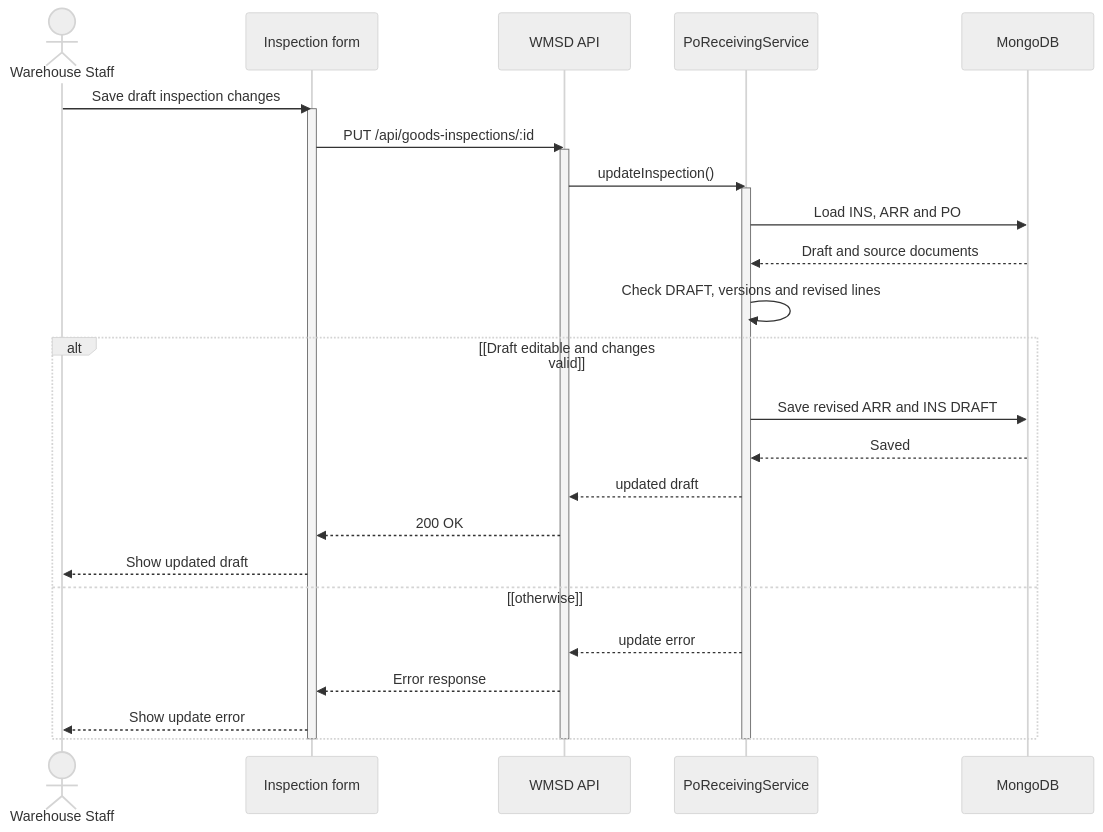
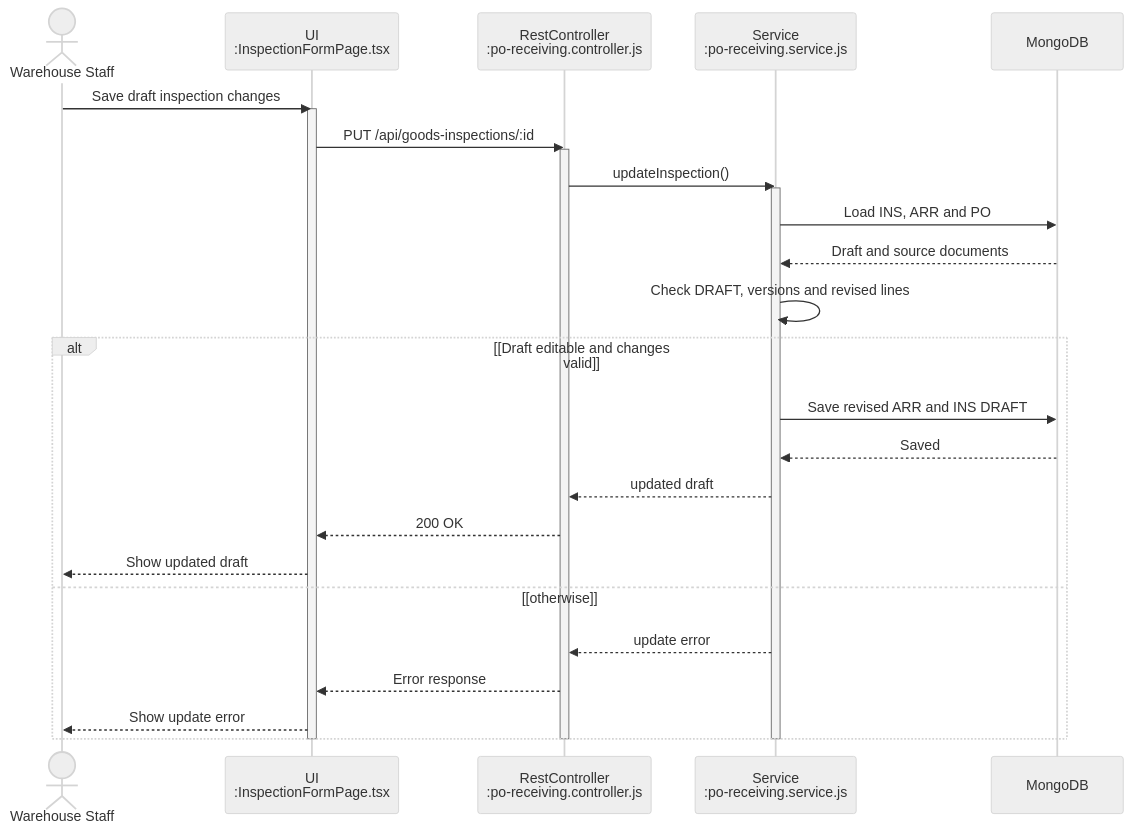
Before and after one commit to bupbalabup/wmsd_be: diagram 18 of 46 in git_doc/docs/01_bao_cao/WMSD_Report4_Draft.md, drawn with Mermaid (neutral theme). The commit also changed other lines of this file and 80 other files, not shown here.

First line of the commit message:
feat(purchase): implement core purchase functionalities and validation schemas

````diff
--- a/git_doc/docs/01_bao_cao/WMSD_Report4_Draft.md
+++ b/git_doc/docs/01_bao_cao/WMSD_Report4_Draft.md
@@ -1305,31 +1305,31 @@
 ```mermaid
 sequenceDiagram
   actor X as Warehouse Staff
-  participant U as Inspection form
-  participant A as WMSD API
-  participant S as PoReceivingService
+  participant U as UI<br/>:InspectionFormPage.tsx
+  participant A as RestController<br/>:po-receiving.controller.js
+  participant S as Service<br/>:po-receiving.service.js
   participant D as MongoDB
   X->>U: Save draft inspection changes
   activate U
   U->>A: PUT /api/goods-inspections/:id
   activate A
   A->>S: updateInspection()
   activate S
   S->>D: Load INS, ARR and PO
   D-->>S: Draft and source documents
   S->>S: Check DRAFT, versions and revised lines
   alt [Draft editable and changes valid]
     S->>D: Save revised ARR and INS DRAFT
     D-->>S: Saved
     S-->>A: updated draft
     A-->>U: 200 OK
     U-->>X: Show updated draft
   else [otherwise]
     S-->>A: update error
     A-->>U: Error response
     U-->>X: Show update error
   end
   deactivate S
   deactivate A
   deactivate U
 ```
````
